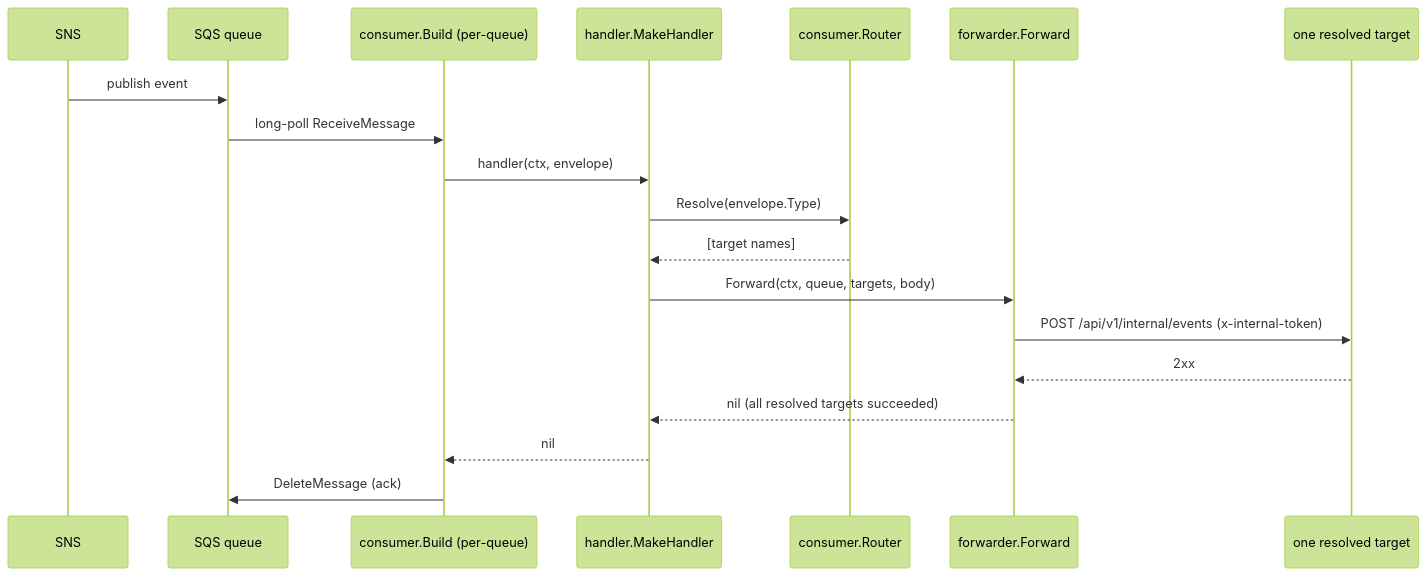
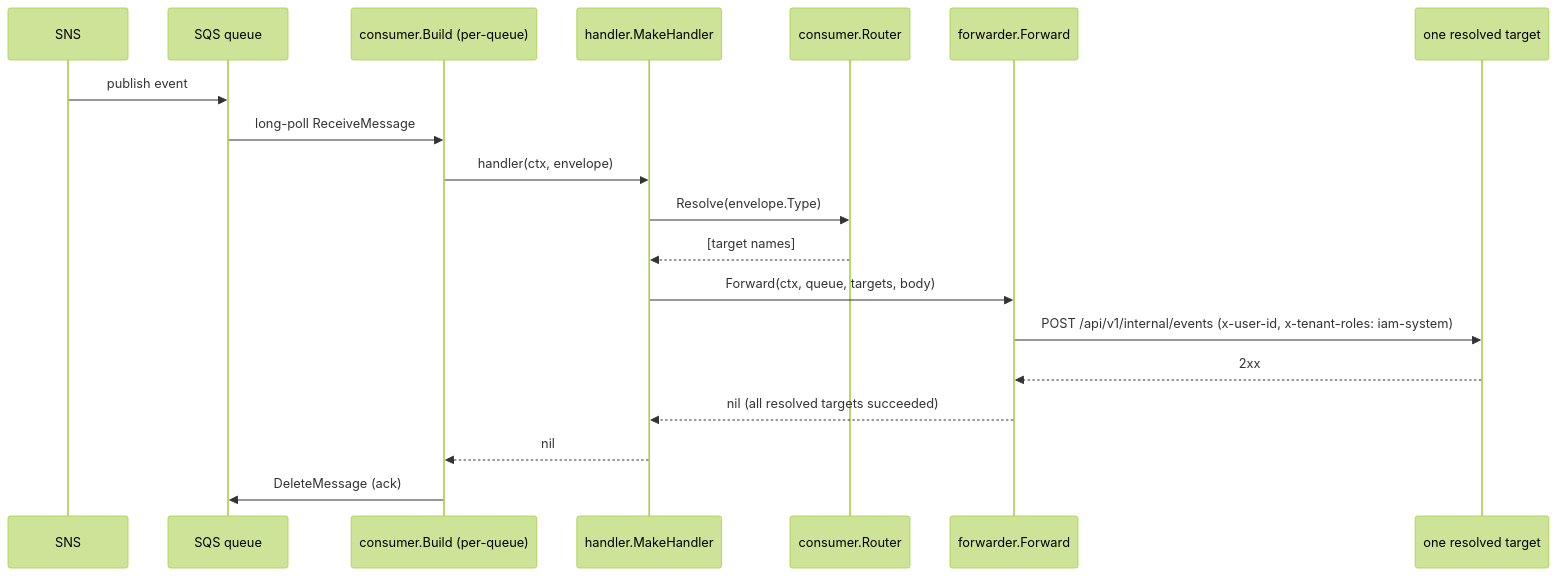
Before and after one commit to BCBP-SOLUTIONS-FZC-LLC/workflow-event-consumer: the second of 3 diagrams in ARCHITECTURE.md, drawn with Mermaid (forest theme). The commit also changed other lines of this file and 46 other files, not shown here.

First line of the commit message:
feat(forwarder): forwarded events carry the system caller identity (#8)

````diff
--- a/ARCHITECTURE.md
+++ b/ARCHITECTURE.md
@@ -141,22 +141,22 @@
 ```mermaid
 sequenceDiagram
     participant SNS
     participant SQS as SQS queue
     participant C as consumer.Build (per-queue)
     participant H as handler.MakeHandler
     participant R as consumer.Router
     participant F as forwarder.Forward
     participant T as one resolved target
 
     SNS->>SQS: publish event
     SQS->>C: long-poll ReceiveMessage
     C->>H: handler(ctx, envelope)
     H->>R: Resolve(envelope.Type)
     R-->>H: [target names]
     H->>F: Forward(ctx, queue, targets, body)
-    F->>T: POST /api/v1/internal/events (x-internal-token)
+    F->>T: POST /api/v1/internal/events (x-user-id, x-tenant-roles: iam-system)
     T-->>F: 2xx
     F-->>H: nil (all resolved targets succeeded)
     H-->>C: nil
     C->>SQS: DeleteMessage (ack)
 ```
````
